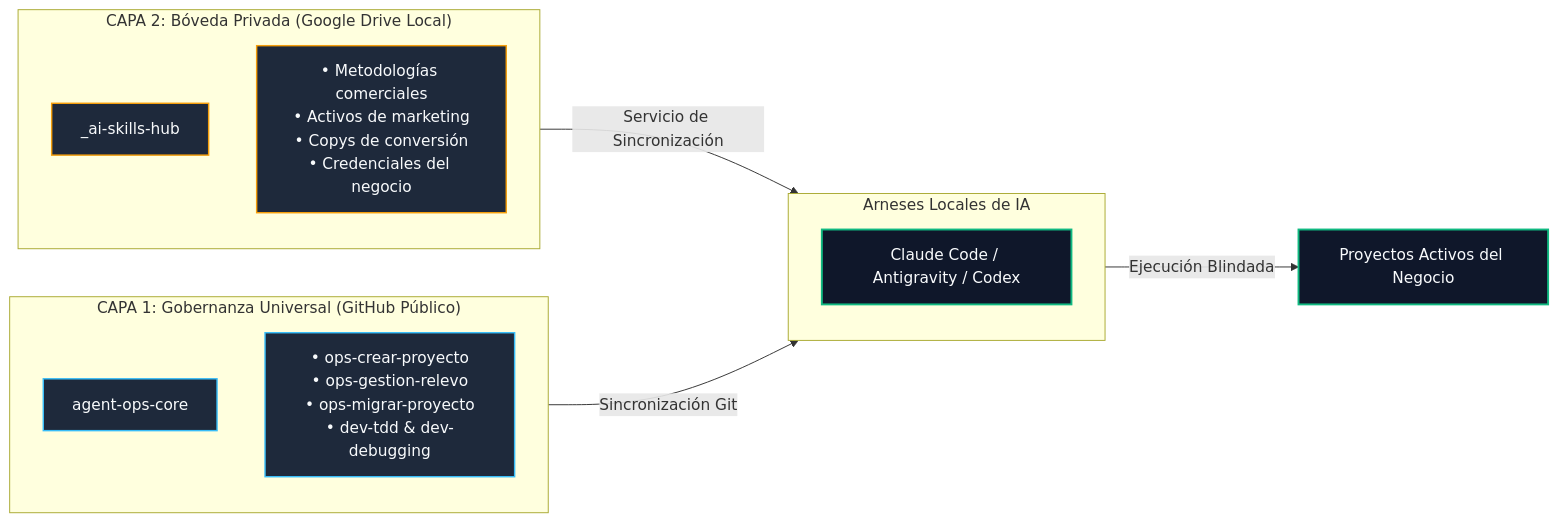
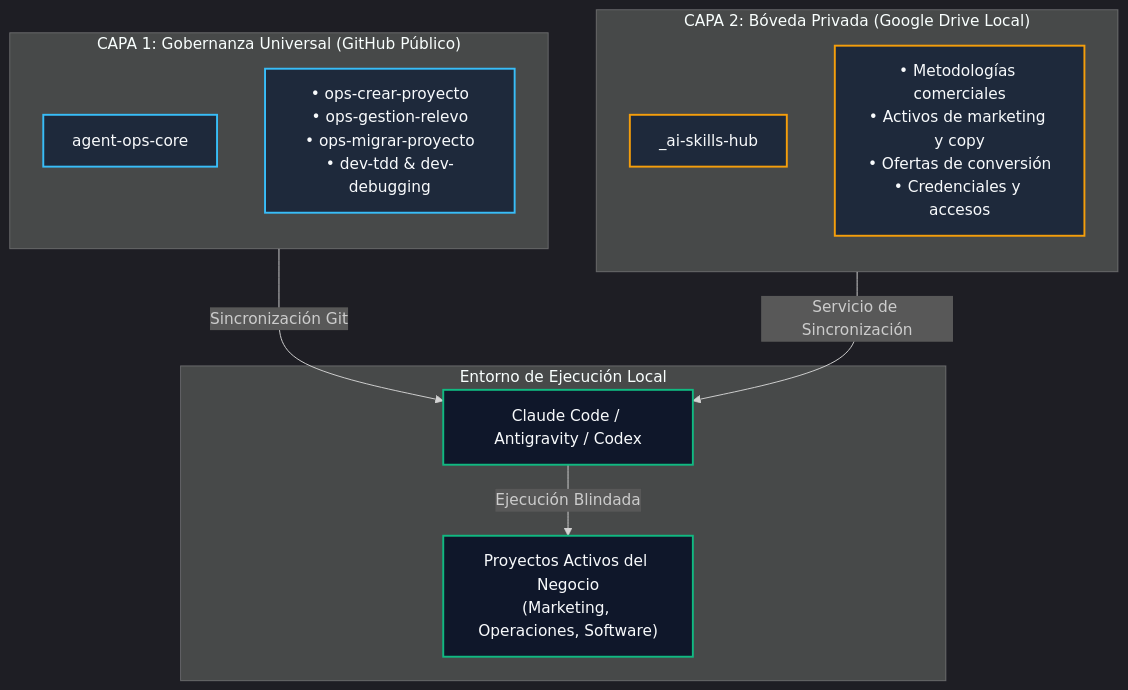
The second of 3 diagrams in README.md (eddvasquez/agent-ops-core), drawn with Mermaid before and after one commit. The commit also changed other lines of this file, not shown here.

Commit message:
docs(diagrams): optimizar aspect ratio, fontSize y wrapping para renderizado 1:1 en GitHub

````diff
--- a/README.md
+++ b/README.md
@@ -127,30 +128,31 @@
 ```mermaid
-flowchart LR
+%%{init: {'theme': 'dark', 'themeVariables': { 'fontSize': '16px' }}}%%
+flowchart TD
     subgraph CAPA1["CAPA 1: Gobernanza Universal (GitHub Público)"]
         direction TB
         OpsCore["agent-ops-core"]
         P_Ops["• ops-crear-proyecto<br>• ops-gestion-relevo<br>• ops-migrar-proyecto<br>• dev-tdd & dev-debugging"]
     end
 
     subgraph CAPA2["CAPA 2: Bóveda Privada (Google Drive Local)"]
         direction TB
         HubPrivado["_ai-skills-hub"]
-        P_Priv["• Metodologías comerciales<br>• Activos de marketing<br>• Copys de conversión<br>• Credenciales del negocio"]
+        P_Priv["• Metodologías comerciales<br>• Activos de marketing y copy<br>• Ofertas de conversión<br>• Credenciales y accesos"]
     end
 
-    subgraph ARNESES["Arneses Locales de IA"]
-        direction TB
+    subgraph MOTOR["Entorno de Ejecución Local"]
         IA["Claude Code / Antigravity / Codex"]
+        Proyecto["Proyectos Activos del Negocio<br>(Marketing, Operaciones, Software)"]
     end
 
-    OpsCore -->|"Sincronización Git"| IA
-    HubPrivado -->|"Servicio de Sincronización"| IA
-    IA -->|"Ejecución Blindada"| Proyecto["Proyectos Activos del Negocio"]
+    CAPA1 -->|"Sincronización Git"| IA
+    CAPA2 -->|"Servicio de Sincronización"| IA
+    IA -->|"Ejecución Blindada"| Proyecto
 
-    classDef public fill:#1e293b,stroke:#38bdf8,stroke-width:1.5px,color:#f8fafc;
-    classDef private fill:#1e293b,stroke:#f59e0b,stroke-width:1.5px,color:#f8fafc;
+    classDef public fill:#1e293b,stroke:#38bdf8,stroke-width:2px,color:#f8fafc;
+    classDef private fill:#1e293b,stroke:#f59e0b,stroke-width:2px,color:#f8fafc;
     classDef target fill:#0f172a,stroke:#10b981,stroke-width:2px,color:#f8fafc;
     class OpsCore,P_Ops public;
     class HubPrivado,P_Priv private;
     class IA,Proyecto target;
 ```
````
